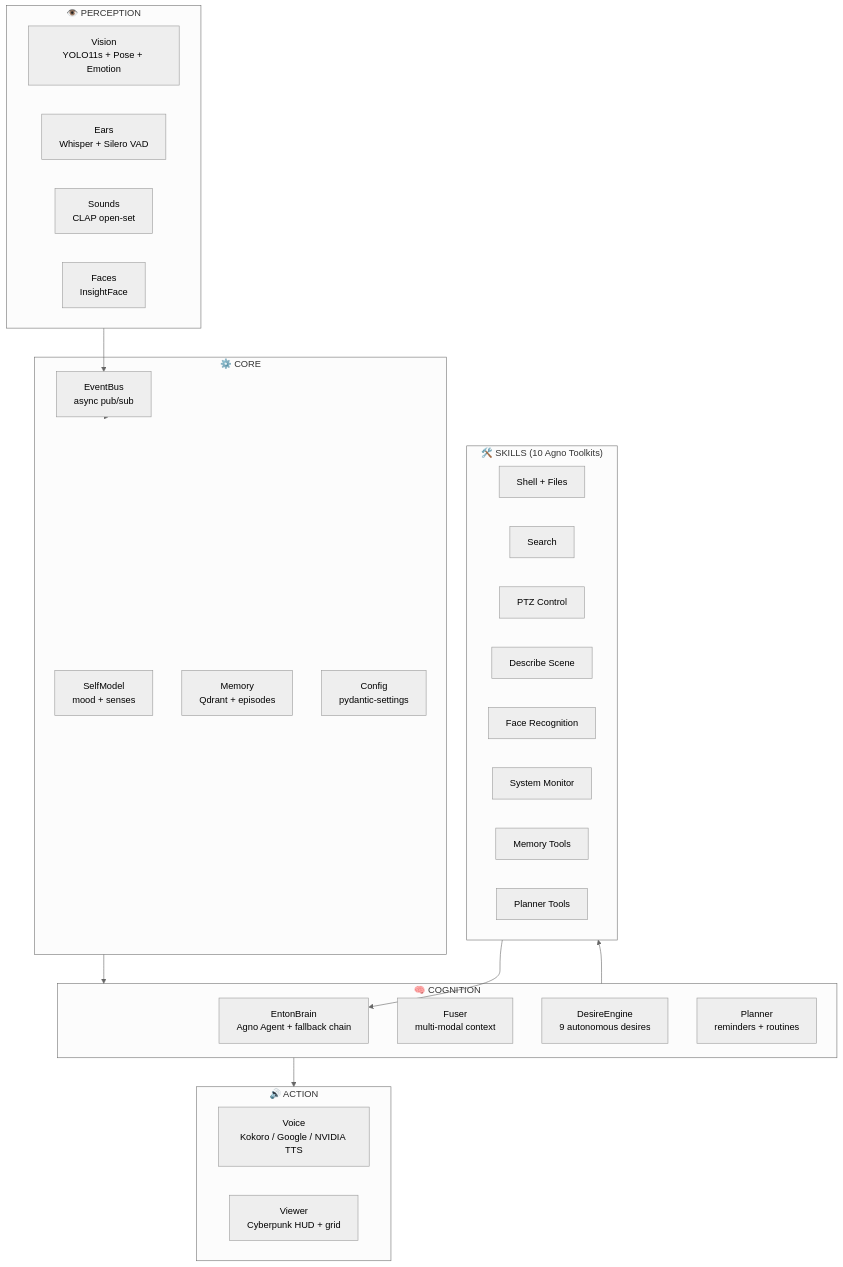
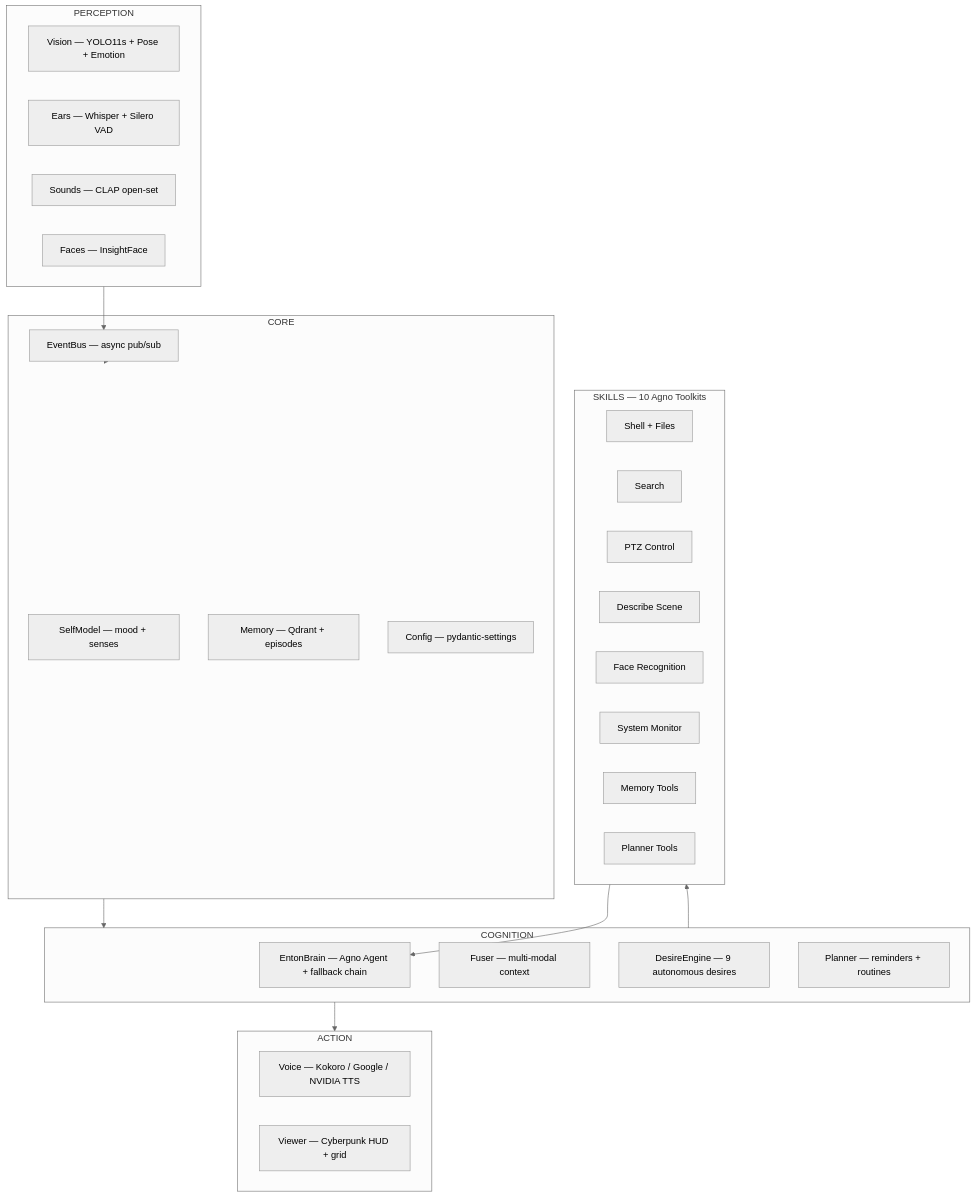
Before and after one commit to gabrielmaialva33/enton: the second of 2 diagrams in README.md, drawn with Mermaid. The commit also changed other lines of this file and 1 other file, not shown here.

````diff
--- a/README.md
+++ b/README.md
@@ -121,47 +129,47 @@
 ```mermaid
 %%{init: {'theme': 'neutral'}}%%
 graph TB
-    subgraph PERCEPTION["👁️ PERCEPTION"]
-        V[Vision<br/>YOLO11s + Pose + Emotion]
-        E[Ears<br/>Whisper + Silero VAD]
-        S[Sounds<br/>CLAP open-set]
-        F[Faces<br/>InsightFace]
+    subgraph PERCEPTION["PERCEPTION"]
+        V[Vision — YOLO11s + Pose + Emotion]
+        E[Ears — Whisper + Silero VAD]
+        S[Sounds — CLAP open-set]
+        F[Faces — InsightFace]
     end
 
-    subgraph CORE["⚙️ CORE"]
-        BUS[EventBus<br/>async pub/sub]
-        SM[SelfModel<br/>mood + senses]
-        MEM[Memory<br/>Qdrant + episodes]
-        CFG[Config<br/>pydantic-settings]
+    subgraph CORE["CORE"]
+        BUS[EventBus — async pub/sub]
+        SM[SelfModel — mood + senses]
+        MEM[Memory — Qdrant + episodes]
+        CFG[Config — pydantic-settings]
     end
 
-    subgraph COGNITION["🧠 COGNITION"]
-        BRAIN[EntonBrain<br/>Agno Agent + fallback chain]
-        FUSER[Fuser<br/>multi-modal context]
-        DES[DesireEngine<br/>9 autonomous desires]
-        PLAN[Planner<br/>reminders + routines]
+    subgraph COGNITION["COGNITION"]
+        BRAIN[EntonBrain — Agno Agent + fallback chain]
+        FUSER[Fuser — multi-modal context]
+        DES[DesireEngine — 9 autonomous desires]
+        PLAN[Planner — reminders + routines]
     end
 
-    subgraph SKILLS["🛠️ SKILLS (10 Agno Toolkits)"]
+    subgraph SKILLS["SKILLS — 10 Agno Toolkits"]
         SH[Shell + Files]
         SR[Search]
         PT[PTZ Control]
         DS[Describe Scene]
         FC[Face Recognition]
         SY[System Monitor]
         ME[Memory Tools]
         PL[Planner Tools]
     end
 
-    subgraph ACTION["🔊 ACTION"]
-        VOICE[Voice<br/>Kokoro / Google / NVIDIA TTS]
-        VIEWER[Viewer<br/>Cyberpunk HUD + grid]
+    subgraph ACTION["ACTION"]
+        VOICE[Voice — Kokoro / Google / NVIDIA TTS]
+        VIEWER[Viewer — Cyberpunk HUD + grid]
     end
 
     PERCEPTION --> BUS
     BUS --> CORE
     CORE --> COGNITION
     COGNITION --> SKILLS
     COGNITION --> ACTION
     SKILLS --> BRAIN
 ```
````
